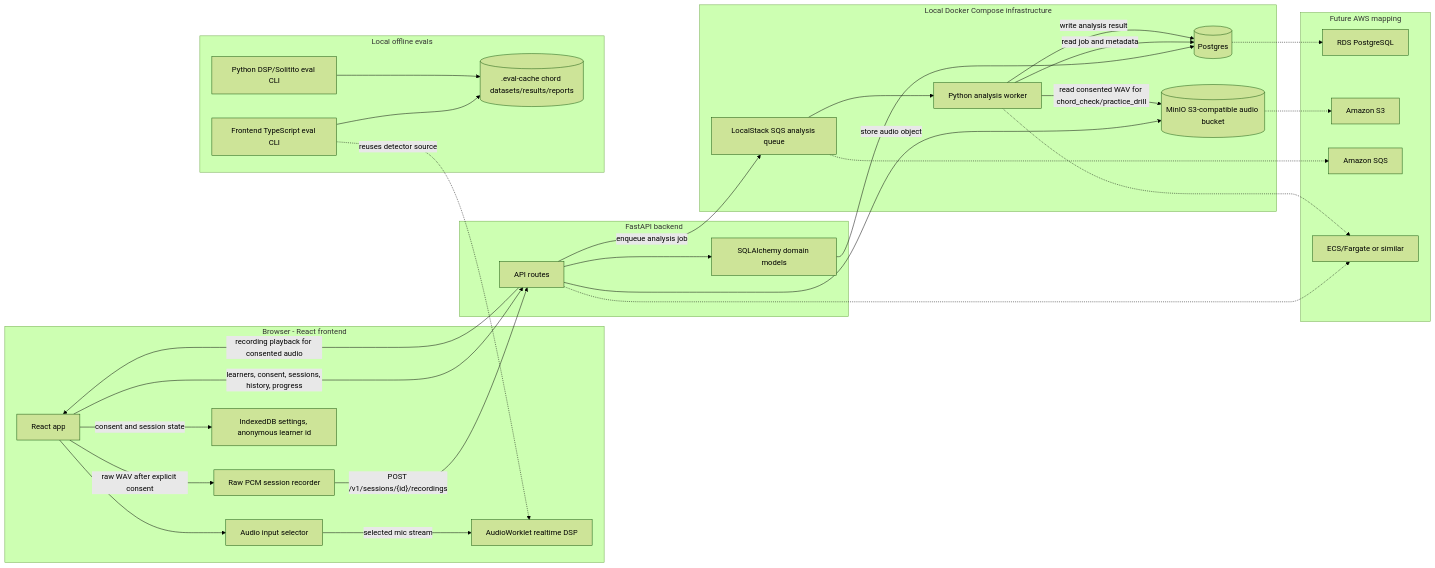
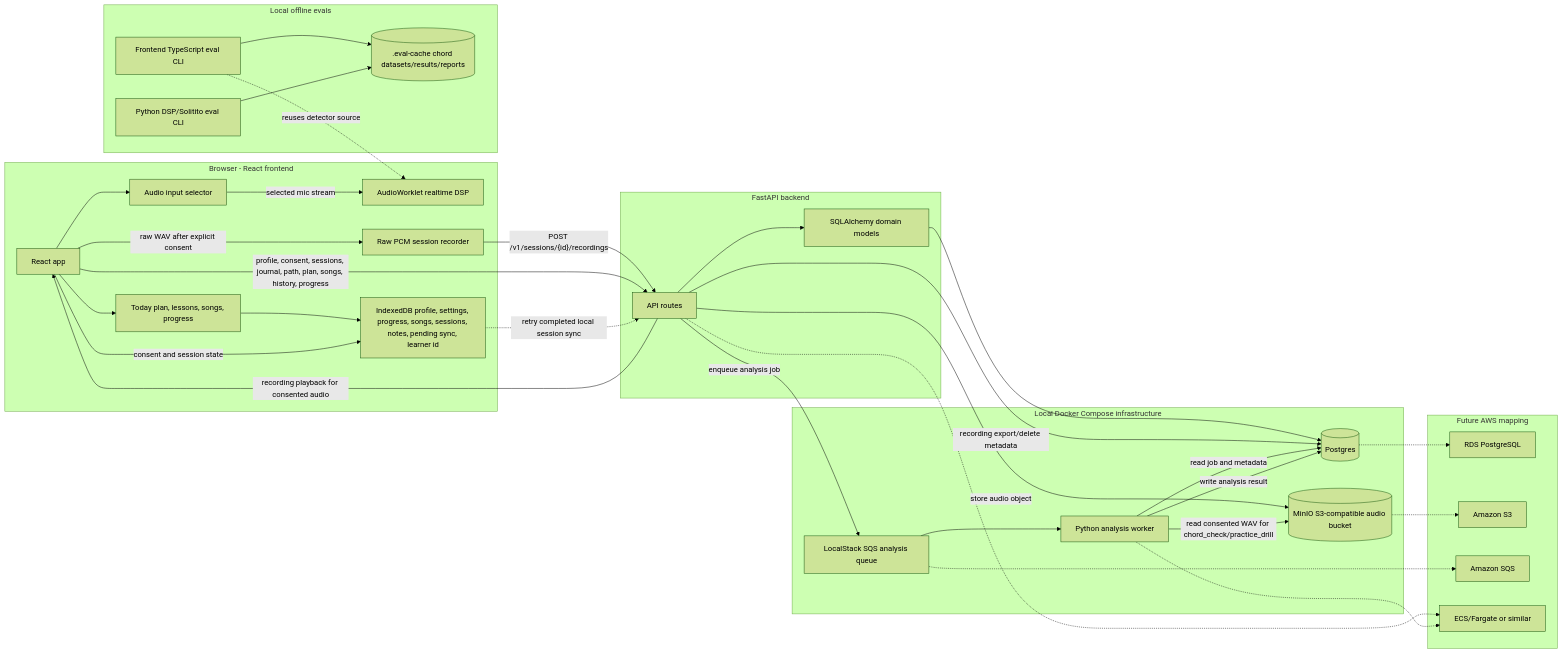
Before and after one commit to shivamk3r/guitar: the diagram in docs/system_diagram.md, drawn with Mermaid (forest theme). The commit also changed 76 other files, not shown here.

````diff
--- a/docs/system_diagram.md
+++ b/docs/system_diagram.md
@@ -3,61 +3,66 @@
 ```mermaid
 flowchart LR
   subgraph Browser["Browser - React frontend"]
     UI["React app"]
+    Today["Today plan, lessons, songs, progress"]
     MicSelect["Audio input selector"]
     Worklet["AudioWorklet realtime DSP"]
     Recorder["Raw PCM session recorder"]
-    IndexedDB["IndexedDB settings, anonymous learner id"]
+    IndexedDB["IndexedDB profile, settings, progress, songs, sessions, notes, pending sync, learner id"]
   end
 
   subgraph Backend["FastAPI backend"]
     API["API routes"]
     Models["SQLAlchemy domain models"]
   end
 
   subgraph LocalEval["Local offline evals"]
     EvalCache[(".eval-cache chord datasets/results/reports")]
     FrontendEval["Frontend TypeScript eval CLI"]
     PyEval["Python DSP/Solitito eval CLI"]
   end
 
   subgraph LocalInfra["Local Docker Compose infrastructure"]
     Postgres[("Postgres")]
     MinIO[("MinIO S3-compatible audio bucket")]
     SQS["LocalStack SQS analysis queue"]
     Worker["Python analysis worker"]
   end
 
+  UI --> Today
+  Today --> IndexedDB
   UI --> MicSelect
   MicSelect -->|"selected mic stream"| Worklet
   UI -->|"consent and session state"| IndexedDB
   UI -->|"raw WAV after explicit consent"| Recorder
   Recorder -->|"POST /v1/sessions/{id}/recordings"| API
-  UI -->|"learners, consent, sessions, history, progress"| API
+  UI -->|"profile, consent, sessions, journal, path, plan, songs, history, progress"| API
+  IndexedDB -.->|"retry completed local session sync"| API
   API -->|"recording playback for consented audio"| UI
 
   API --> Models
   Models --> Postgres
+  API -->|"recording export/delete metadata"| Postgres
   API -->|"store audio object"| MinIO
   API -->|"enqueue analysis job"| SQS
   SQS --> Worker
   Worker -->|"read job and metadata"| Postgres
   Worker -->|"read consented WAV for chord_check/practice_drill"| MinIO
   Worker -->|"write analysis result"| Postgres
   FrontendEval -.->|"reuses detector source"| Worklet
   FrontendEval --> EvalCache
   PyEval --> EvalCache
 
   subgraph AWS["Future AWS mapping"]
     RDS["RDS PostgreSQL"]
     S3["Amazon S3"]
     AmazonSQS["Amazon SQS"]
     Containers["ECS/Fargate or similar"]
   end
 
   Postgres -.-> RDS
   MinIO -.-> S3
   SQS -.-> AmazonSQS
   API -.-> Containers
   Worker -.-> Containers
 ```
````
